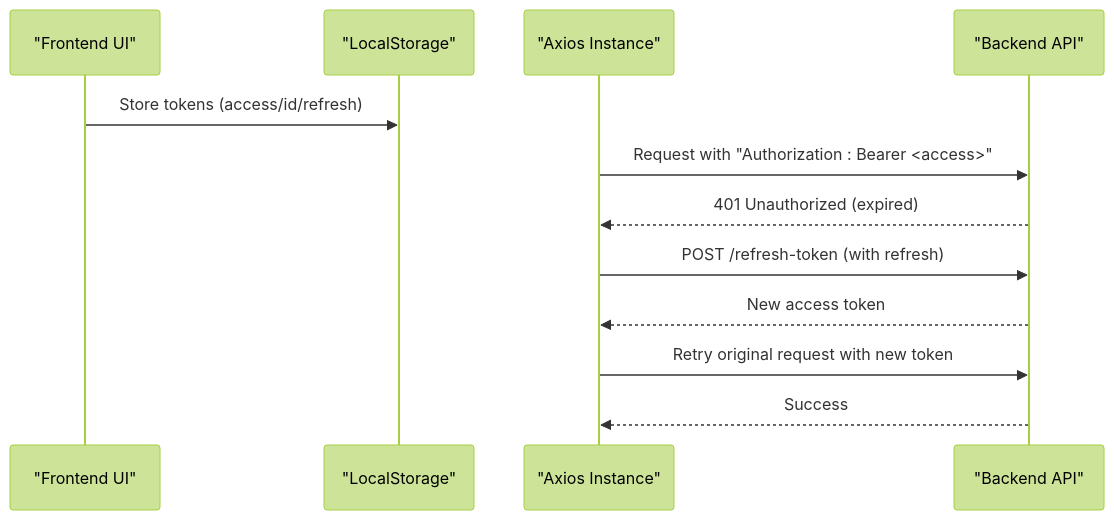
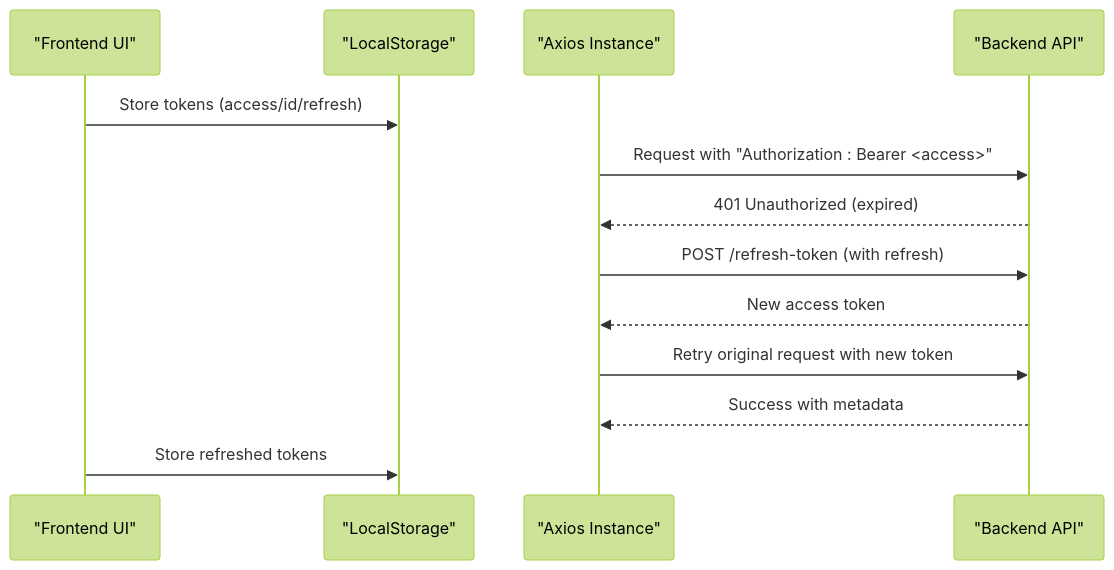
The seventh of 8 diagrams in .qoder/repowiki/en/content/Authentication & Authorization.md (effinrich/rh-nx-monorepo), drawn with Mermaid (forest theme) before and after one commit. The commit also changed other lines of this file and 130 other files, not shown here.

````diff
--- a/.qoder/repowiki/en/content/Authentication & Authorization.md
+++ b/.qoder/repowiki/en/content/Authentication & Authorization.md
@@ -254,14 +312,15 @@
 ```mermaid
 sequenceDiagram
 participant UI as "Frontend UI"
 participant LS as "LocalStorage"
 participant AX as "Axios Instance"
 participant API as "Backend API"
 UI->>LS : Store tokens (access/id/refresh)
 AX->>API : Request with "Authorization : Bearer <access>"
 API-->>AX : 401 Unauthorized (expired)
 AX->>API : POST /refresh-token (with refresh)
 API-->>AX : New access token
 AX->>API : Retry original request with new token
-API-->>AX : Success
+API-->>AX : Success with metadata
+UI->>LS : Store refreshed tokens
 ```
````
